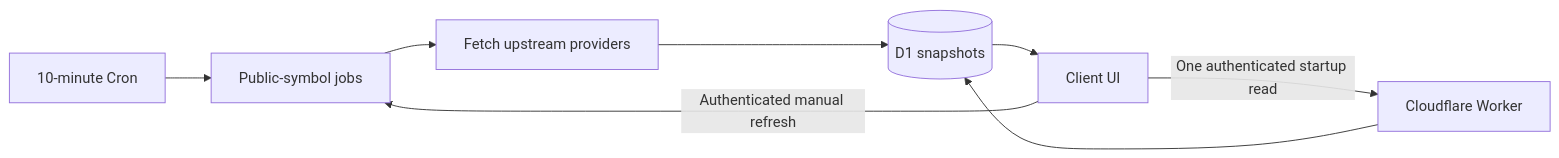
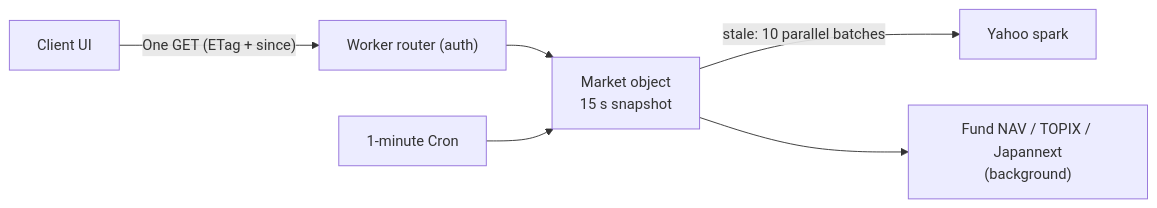
One commit to SotaYanagisawa/kabutora changed the second of 2 diagrams in docs/architecture.md. Above: the diagram before and after it, drawn with Mermaid. The commit also changed other lines of this file and 145 other files, not shown here.

First line of the commit message:
perf(market): replace queue/coordinator pipeline with one on-demand market object

````diff
--- a/docs/architecture.md
+++ b/docs/architecture.md
@@ -80,10 +77,8 @@
 ```mermaid
 flowchart LR
-    Cron["10-minute Cron"] --> Queue["Public-symbol jobs"]
-    Queue --> Fetch["Fetch upstream providers"]
-    Fetch --> D1[("D1 snapshots")]
-    Client["Client UI"] -->|"One authenticated startup read"| Edge["Cloudflare Worker"]
-    Edge --> D1
-    D1 --> Client
-    Client -->|"Authenticated manual refresh"| Queue
+    Client["Client UI"] -->|"One GET (ETag + since)"| Edge["Worker router (auth)"]
+    Edge --> Hub["Market object\n15 s snapshot"]
+    Hub -->|"stale: 10 parallel batches"| Yahoo["Yahoo spark"]
+    Hub --> Pages["Fund NAV / TOPIX / Japannext\n(background)"]
+    Cron["1-minute Cron"] --> Hub
 ```
````
